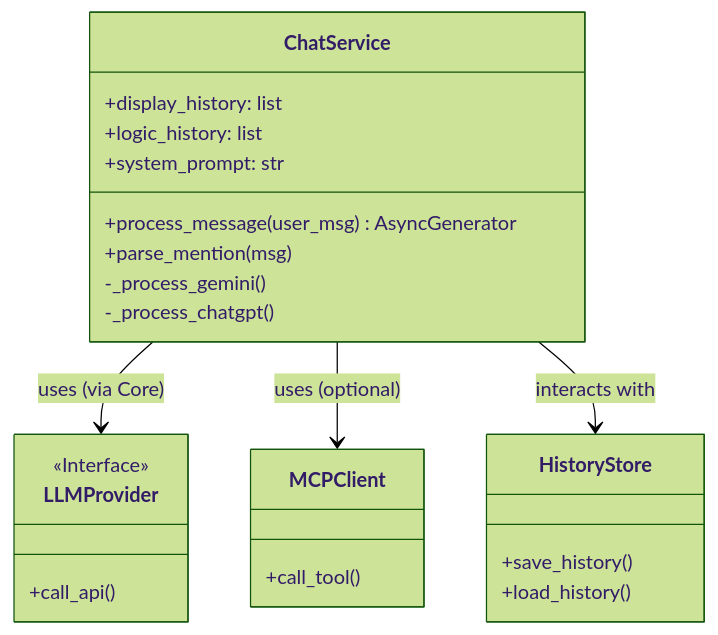
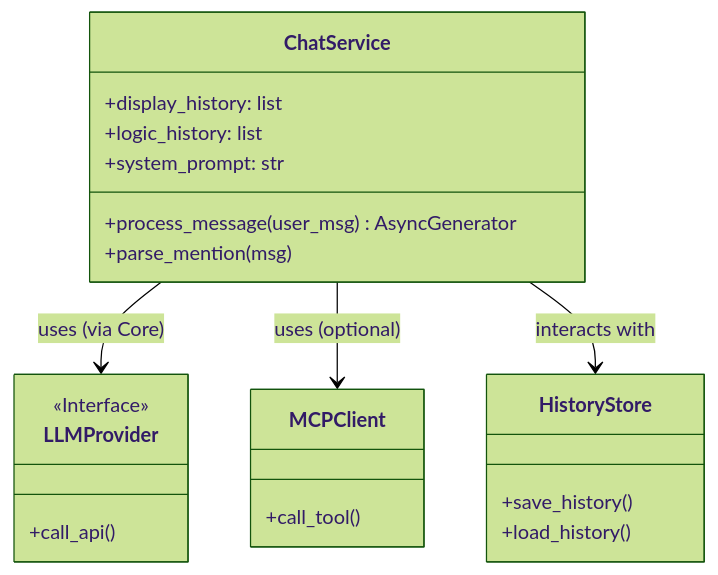
The first of 2 diagrams in doc/architecture/service_layer.md (aoitan/multi-llm-chat), drawn with Mermaid (forest theme) before and after one commit. The commit also changed 2 other files, not shown here.

Commit message:
docs: PRレビュー指摘対応 - 図と記述の修正

````diff
--- a/doc/architecture/service_layer.md
+++ b/doc/architecture/service_layer.md
@@ -10,30 +10,28 @@
 ```mermaid
 classDiagram
     class ChatService {
         +display_history: list
         +logic_history: list
         +system_prompt: str
         +process_message(user_msg) AsyncGenerator
         +parse_mention(msg)
-        -_process_gemini()
-        -_process_chatgpt()
     }
 
     class LLMProvider {
         <<Interface>>
         +call_api()
     }
 
     class MCPClient {
         +call_tool()
     }
     
     class HistoryStore {
         +save_history()
         +load_history()
     }
 
     ChatService --> LLMProvider : uses (via Core)
     ChatService --> MCPClient : uses (optional)
     ChatService --> HistoryStore : interacts with
 ```
````
